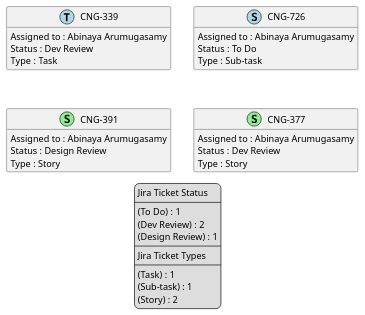
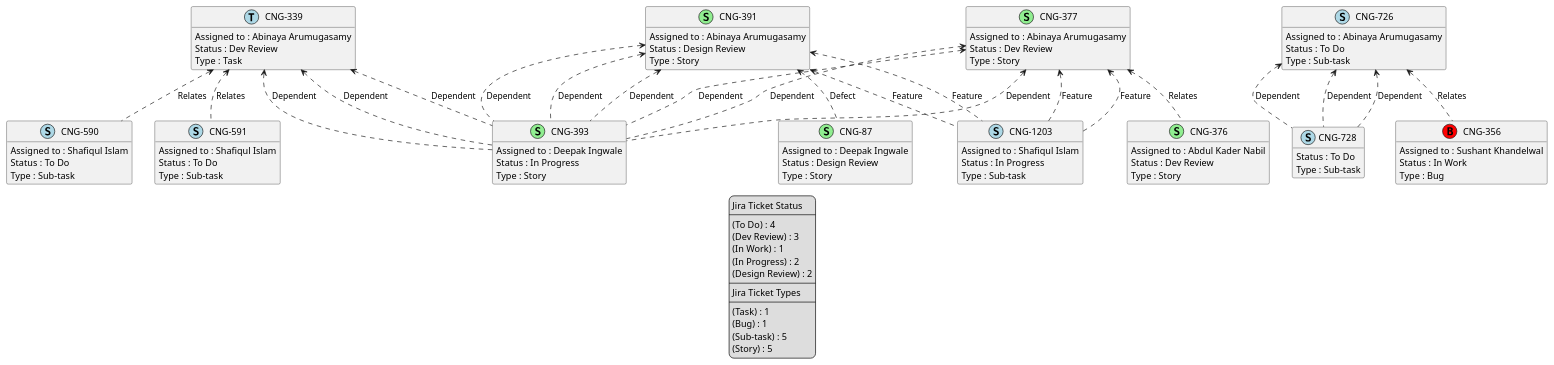
Before and after one commit to brunasti/jiraplotter: the diagram in temp/jira-Abinaya Arumugasamy.puml, drawn with PlantUML. The commit also changed 57 other files, not shown here.

```diff
--- a/temp/jira-Abinaya Arumugasamy.puml
+++ b/temp/jira-Abinaya Arumugasamy.puml
@@ -1,54 +1,125 @@
 @startuml
 'https://plantuml.com/class-diagram
 
 ' GENERATE CLASS DIAGRAM ===========
-' Generated at    : Mon Apr 15 12:32:40 CEST 2024
+' Generated at    : Mon Apr 15 12:46:43 CEST 2024
 
 hide empty members
 
 legend
 Jira Ticket Status
 ----
-(To Do) : 1
-(Dev Review) : 2
-(Design Review) : 1
+(To Do) : 4
+(Dev Review) : 3
+(In Work) : 1
+(In Progress) : 2
+(Design Review) : 2
 ----
 Jira Ticket Types
 ----
 (Task) : 1
-(Sub-task) : 1
-(Story) : 2
+(Bug) : 1
+(Sub-task) : 5
+(Story) : 5
 end legend
 
 
 ' Tickets =======
+class "CNG-87" << (S,lightgreen) >> {
+  Assigned to : Deepak Ingwale
+  Status : Design Review
+  Type : Story
+}
+
 class "CNG-339" << (T,lightblue) >> {
   Assigned to : Abinaya Arumugasamy
   Status : Dev Review
   Type : Task
+}
+
+class "CNG-590" << (S,lightblue) >> {
+  Assigned to : Shafiqul Islam
+  Status : To Do
+  Type : Sub-task
 }
 
 class "CNG-726" << (S,lightblue) >> {
   Assigned to : Abinaya Arumugasamy
   Status : To Do
   Type : Sub-task
 }
 
 class "CNG-391" << (S,lightgreen) >> {
   Assigned to : Abinaya Arumugasamy
   Status : Design Review
   Type : Story
 }
 
+class "CNG-393" << (S,lightgreen) >> {
+  Assigned to : Deepak Ingwale
+  Status : In Progress
+  Type : Story
+}
+
+class "CNG-591" << (S,lightblue) >> {
+  Assigned to : Shafiqul Islam
+  Status : To Do
+  Type : Sub-task
+}
+
+class "CNG-728" << (S,lightblue) >> {
+  Status : To Do
+  Type : Sub-task
+}
+
+class "CNG-376" << (S,lightgreen) >> {
+  Assigned to : Abdul Kader Nabil
+  Status : Dev Review
+  Type : Story
+}
+
+class "CNG-356" << (B,red) >> {
+  Assigned to : Sushant Khandelwal
+  Status : In Work
+  Type : Bug
+}
+
 class "CNG-377" << (S,lightgreen) >> {
   Assigned to : Abinaya Arumugasamy
   Status : Dev Review
   Type : Story
 }
 
+class "CNG-1203" << (S,lightblue) >> {
+  Assigned to : Shafiqul Islam
+  Status : In Progress
+  Type : Sub-task
+}
+
 
 
 ' Links =======
+"CNG-339" <.. "CNG-393" : Dependent
+"CNG-339" <.. "CNG-590" : Relates
+"CNG-339" <.. "CNG-591" : Relates
+"CNG-339" <.. "CNG-393" : Dependent
+"CNG-339" <.. "CNG-393" : Dependent
+"CNG-726" <.. "CNG-728" : Dependent
+"CNG-726" <.. "CNG-356" : Relates
+"CNG-726" <.. "CNG-728" : Dependent
+"CNG-726" <.. "CNG-728" : Dependent
+"CNG-377" <.. "CNG-393" : Dependent
+"CNG-377" <.. "CNG-376" : Relates
+"CNG-377" <.. "CNG-393" : Dependent
+"CNG-377" <.. "CNG-1203" : Feature
+"CNG-377" <.. "CNG-393" : Dependent
+"CNG-377" <.. "CNG-1203" : Feature
+"CNG-391" <.. "CNG-87" : Defect
+"CNG-391" <.. "CNG-393" : Dependent
+"CNG-391" <.. "CNG-393" : Dependent
+"CNG-391" <.. "CNG-1203" : Feature
+"CNG-391" <.. "CNG-393" : Dependent
+"CNG-391" <.. "CNG-1203" : Feature
 
 
 @enduml
```
